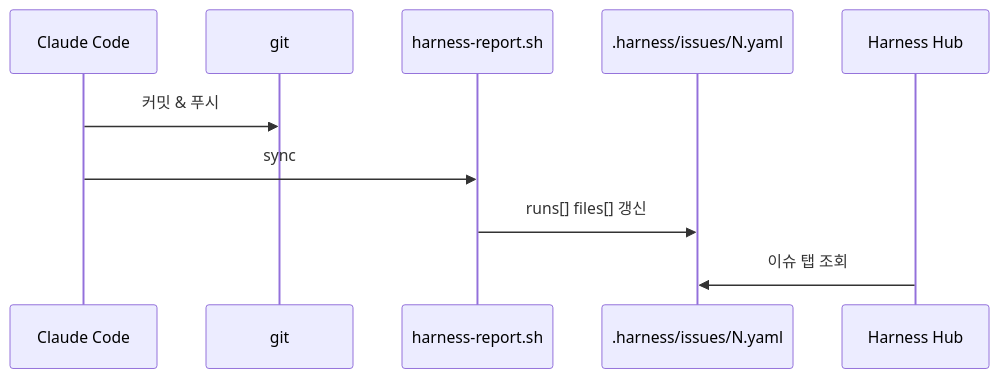
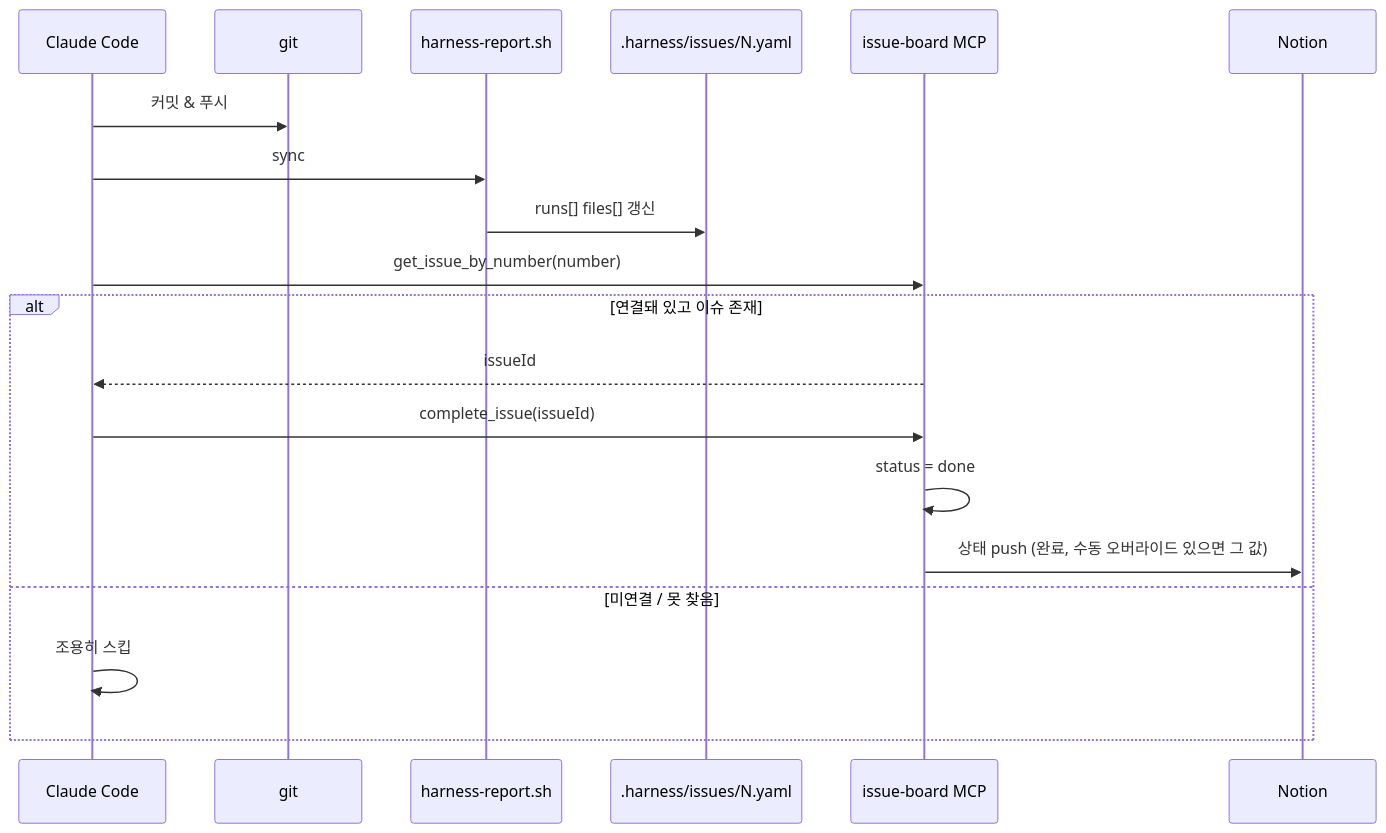
One commit to LEEHEEWON123/harness_build changed the fourth of 5 diagrams in docs/dev-pipeline.md. Above: the diagram before and after it, drawn with Mermaid. The commit also changed other lines of this file and 1 other file, not shown here.

First line of the commit message:
docs: 파이프라인 다이어그램에 이슈보드/개발 세션 분리 반영

````diff
--- a/docs/dev-pipeline.md
+++ b/docs/dev-pipeline.md
@@ -111,13 +137,22 @@
 ```mermaid
 sequenceDiagram
   participant C as Claude Code
   participant G as git
   participant R as harness-report.sh
   participant Y as .harness/issues/N.yaml
-  participant H as Harness Hub
+  participant M as issue-board MCP
+  participant N as Notion
 
   C->>G: 커밋 & 푸시
   C->>R: sync
   R->>Y: runs[] files[] 갱신
-  H->>Y: 이슈 탭 조회
+  C->>M: get_issue_by_number(number)
+  alt 연결돼 있고 이슈 존재
+    M-->>C: issueId
+    C->>M: complete_issue(issueId)
+    M->>M: status = done
+    M->>N: 상태 push (완료, 수동 오버라이드 있으면 그 값)
+  else 미연결 / 못 찾음
+    C->>C: 조용히 스킵
+  end
 ```
````
